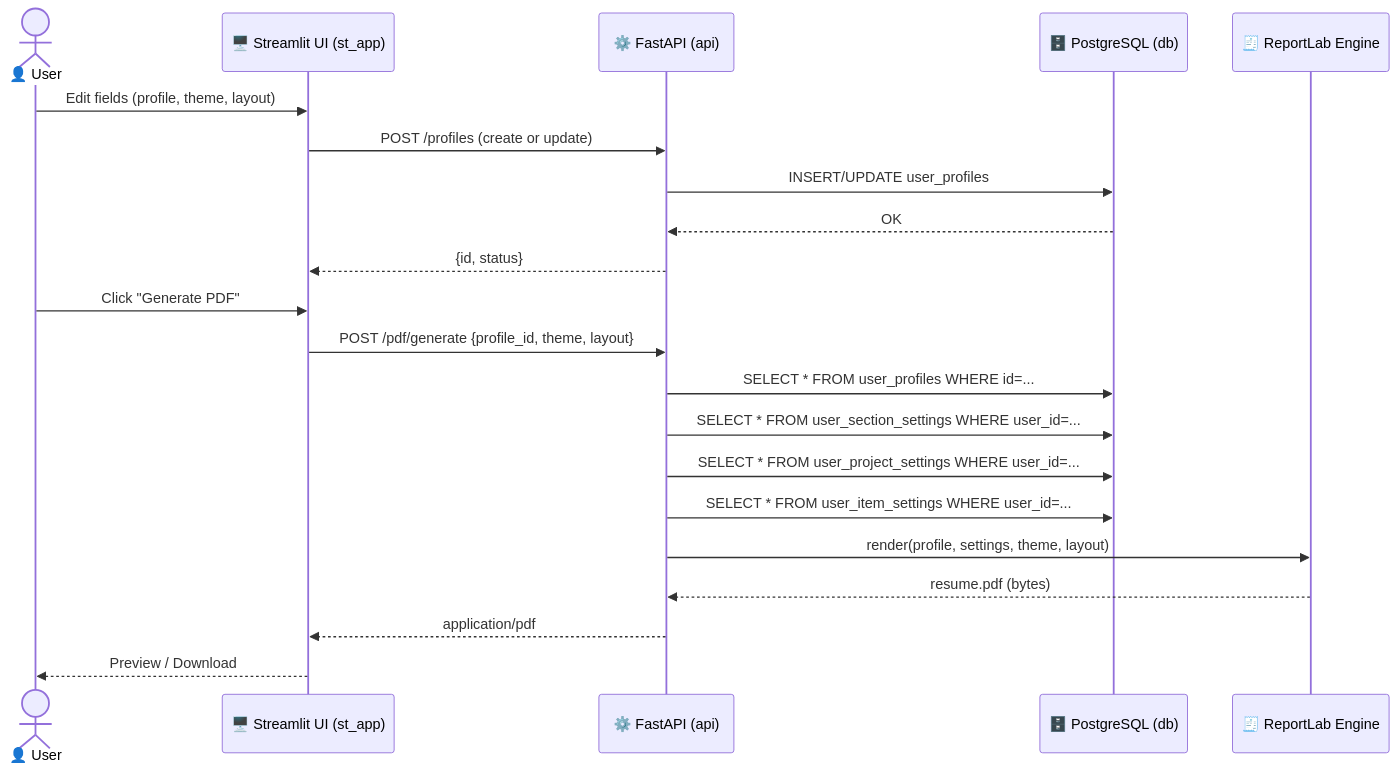
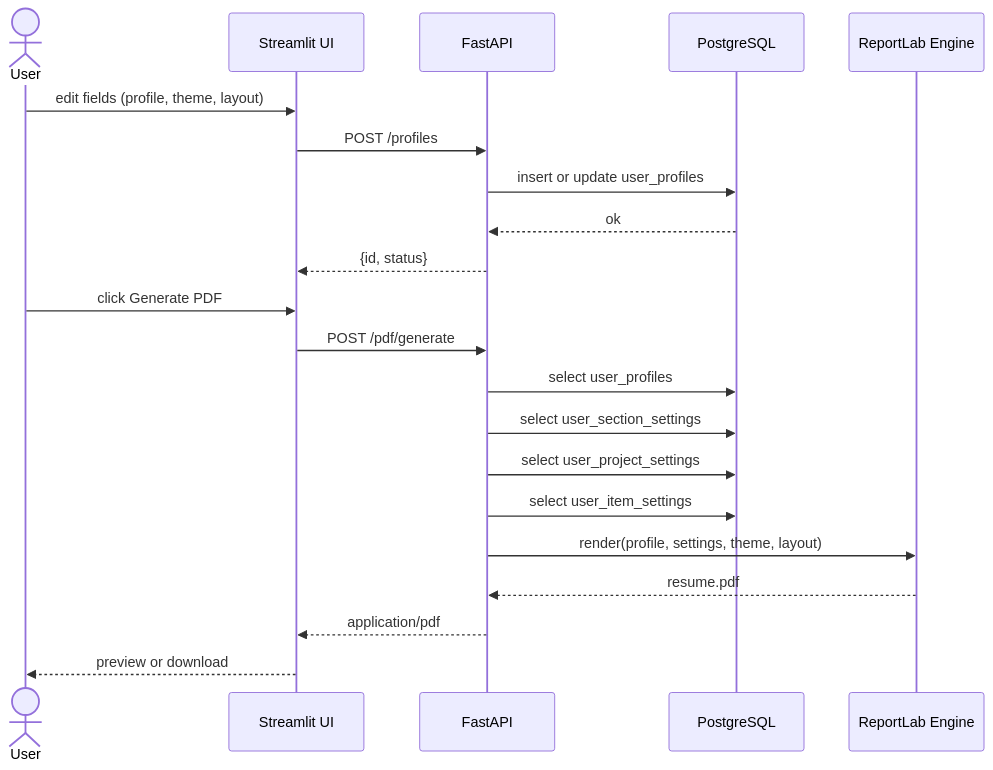
The second of 3 diagrams in docs/architecture.md (TamerOnLine/build), drawn with Mermaid before and after one commit. The commit also changed other lines of this file, not shown here.

````diff
--- a/docs/architecture.md
+++ b/docs/architecture.md
@@ -75,25 +48,25 @@
 ```mermaid
 sequenceDiagram
-  actor User as 👤 User
-  participant UI as 🖥️ Streamlit UI (st_app)
-  participant API as ⚙️ FastAPI (api)
-  participant DB as 🗄️ PostgreSQL (db)
-  participant PDF as 🧾 ReportLab Engine
+  actor User
+  participant UI as Streamlit UI
+  participant API as FastAPI
+  participant DB as PostgreSQL
+  participant PDF as ReportLab Engine
 
-  User->>UI: Edit fields (profile, theme, layout)
-  UI->>API: POST /profiles (create or update)
-  API->>DB: INSERT/UPDATE user_profiles
-  DB-->>API: OK
+  User->>UI: edit fields (profile, theme, layout)
+  UI->>API: POST /profiles
+  API->>DB: insert or update user_profiles
+  DB-->>API: ok
   API-->>UI: {id, status}
 
-  User->>UI: Click "Generate PDF"
-  UI->>API: POST /pdf/generate {profile_id, theme, layout}
-  API->>DB: SELECT * FROM user_profiles WHERE id=...
-  API->>DB: SELECT * FROM user_section_settings WHERE user_id=...
-  API->>DB: SELECT * FROM user_project_settings WHERE user_id=...
-  API->>DB: SELECT * FROM user_item_settings WHERE user_id=...
+  User->>UI: click Generate PDF
+  UI->>API: POST /pdf/generate
+  API->>DB: select user_profiles
+  API->>DB: select user_section_settings
+  API->>DB: select user_project_settings
+  API->>DB: select user_item_settings
   API->>PDF: render(profile, settings, theme, layout)
-  PDF-->>API: resume.pdf (bytes)
+  PDF-->>API: resume.pdf
   API-->>UI: application/pdf
-  UI-->>User: Preview / Download
+  UI-->>User: preview or download
 ```
````
